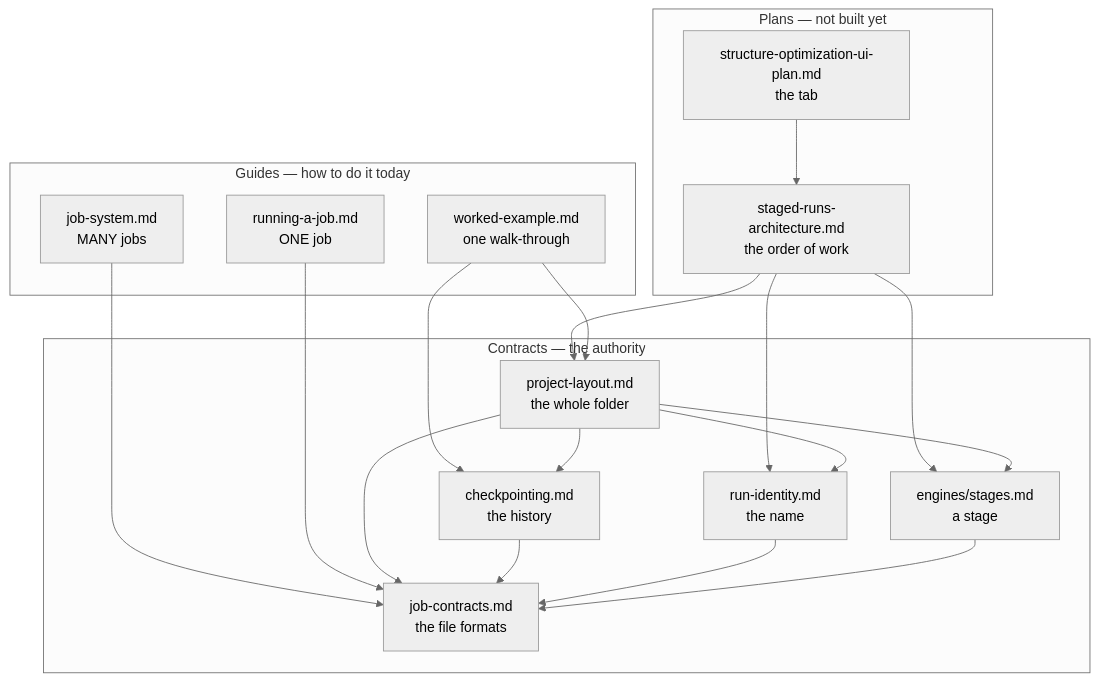
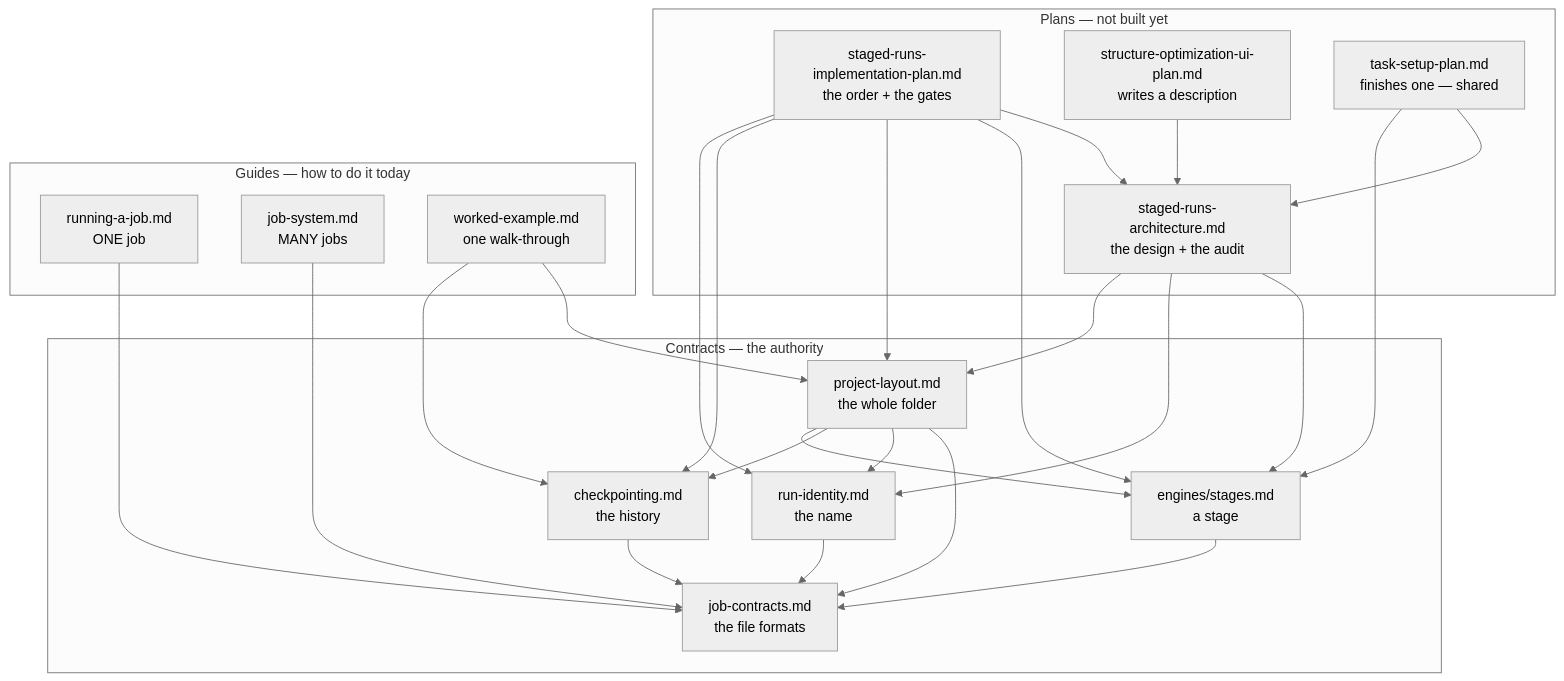
The first of 2 diagrams in docs/execution/overview.md (Qing-LAB/molbuilder), drawn with Mermaid (neutral theme) before and after one commit. The commit also changed other lines of this file and 12 other files, not shown here.

First line of the commit message:
docs(staged-runs): the build order, the web split, and the file gets its name

````diff
--- a/docs/execution/overview.md
+++ b/docs/execution/overview.md
@@ -57,28 +65,32 @@
 ```mermaid
 flowchart TB
     subgraph plans["Plans — not built yet"]
-      SRA["staged-runs-architecture.md<br/>the order of work"]
-      UIP["structure-optimization-ui-plan.md<br/>the tab"]
+      IMP["staged-runs-implementation-plan.md<br/>the order + the gates"]
+      SRA["staged-runs-architecture.md<br/>the design + the audit"]
+      UIP["structure-optimization-ui-plan.md<br/>writes a description"]
+      TSP["task-setup-plan.md<br/>finishes one — shared"]
     end
     subgraph guides["Guides — how to do it today"]
       RAJ["running-a-job.md<br/>ONE job"]
       JS["job-system.md<br/>MANY jobs"]
       WE["worked-example.md<br/>one walk-through"]
     end
     subgraph contracts["Contracts — the authority"]
       PL["project-layout.md<br/>the whole folder"]
       CP["checkpointing.md<br/>the history"]
       RI["run-identity.md<br/>the name"]
       ST["engines/stages.md<br/>a stage"]
       JC["job-contracts.md<br/>the file formats"]
     end
     UIP --> SRA
+    TSP --> SRA & ST
+    IMP --> SRA & ST & PL & CP & RI
     SRA --> ST & RI & PL
     WE --> PL & CP
     JS --> JC
     RAJ --> JC
     PL --> JC & RI & CP & ST
     CP --> JC
     RI --> JC
     ST --> JC
 ```
````
